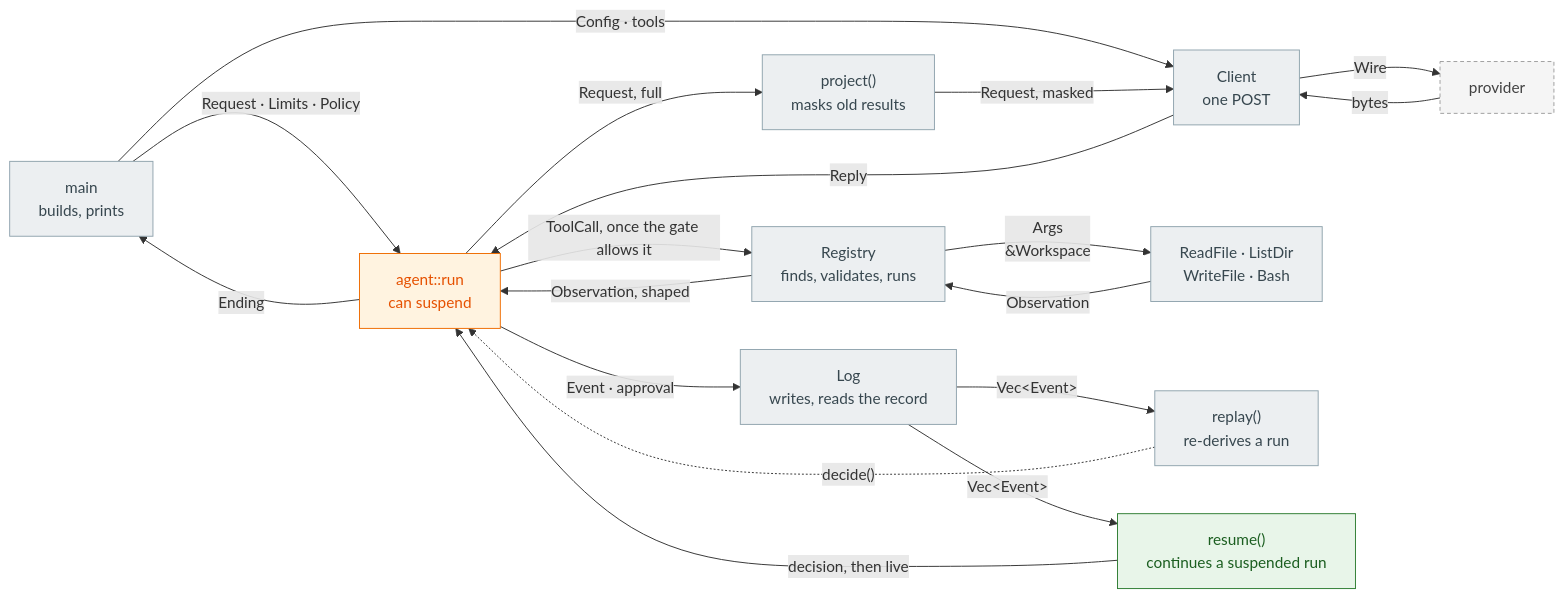
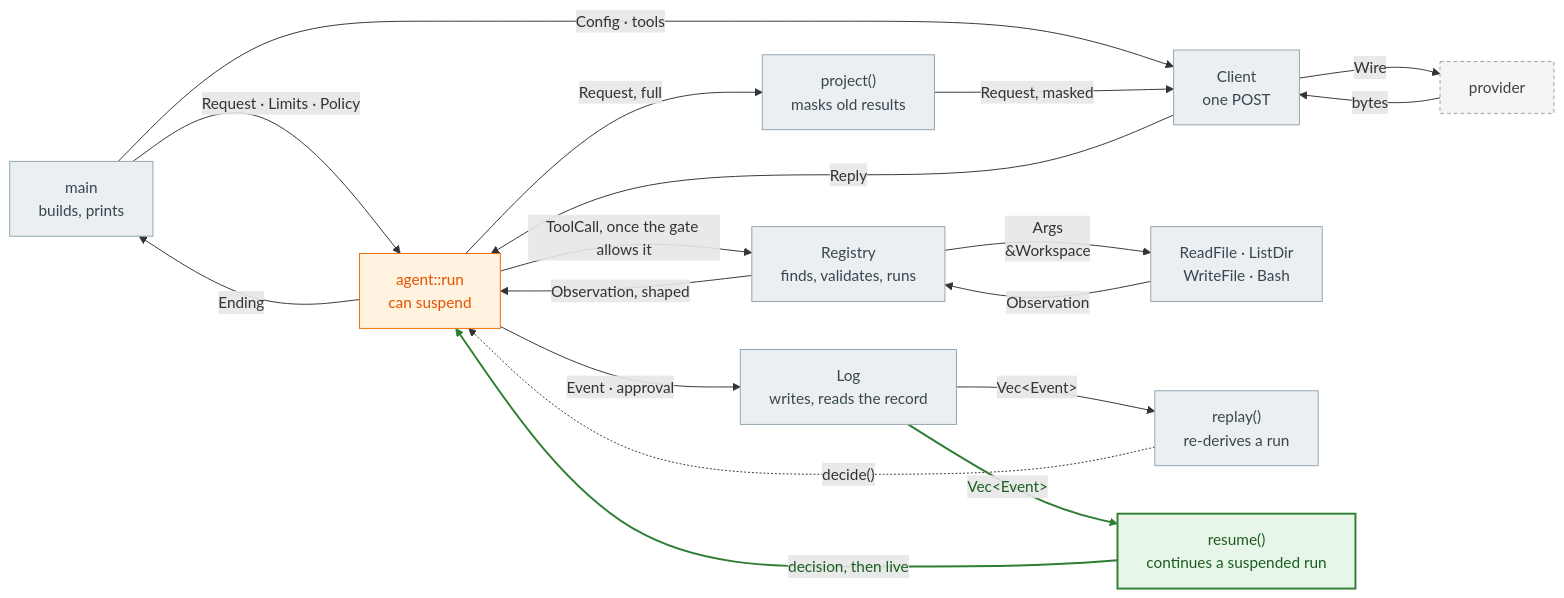
Before and after one commit to skinssong/my_harness: the diagram in diagrams/p5-structs.mmd, drawn with Mermaid. The commit also changed 12 other files, not shown here.

```diff
--- a/diagrams/p5-structs.mmd
+++ b/diagrams/p5-structs.mmd
@@ -1,34 +1,36 @@
 flowchart LR
     MAIN["main<br/>builds, prints"]:::existing
     LOOP["agent::run<br/>can suspend"]:::changed
     CLIENT["Client<br/>one POST"]:::existing
     REG["Registry<br/>finds, validates, runs"]:::existing
     TOOLS["ReadFile · ListDir<br/>WriteFile · Bash"]:::existing
     LOG["Log<br/>writes, reads the record"]:::existing
     REPLAY["replay()<br/>re-derives a run"]:::existing
     PROJECT["project()<br/>masks old results"]:::existing
     RESUME["resume()<br/>continues a suspended run"]:::added
     PROV["provider"]:::external
 
     MAIN -->|"Request · Limits · Policy"| LOOP
     MAIN -->|"Config · tools"| CLIENT
     LOOP -->|"Request, full"| PROJECT
     PROJECT -->|"Request, masked"| CLIENT
     CLIENT -->|"Wire"| PROV
     PROV -->|"bytes"| CLIENT
     CLIENT -->|"Reply"| LOOP
     LOOP -->|"ToolCall, once the gate allows it"| REG
     REG -->|"Args<br/>&amp;Workspace"| TOOLS
     TOOLS -->|"Observation"| REG
     REG -->|"Observation, shaped"| LOOP
     LOOP -->|"Ending"| MAIN
     LOOP -->|"Event · approval"| LOG
     LOG -->|"Vec&lt;Event&gt;"| REPLAY
     REPLAY -. "decide()" .-> LOOP
     LOG -->|"Vec&lt;Event&gt;"| RESUME
     RESUME -->|"decision, then live"| LOOP
 
     classDef existing fill:#ECEFF1,stroke:#90A4AE,color:#37474F
-    classDef added fill:#E8F5E9,stroke:#2E7D32,color:#1B5E20
+    classDef added fill:#E8F5E9,stroke:#2E7D32,stroke-width:2px,color:#1B5E20
     classDef changed fill:#FFF3E0,stroke:#EF6C00,color:#E65100
     classDef external fill:#F5F5F5,stroke:#9E9E9E,color:#424242,stroke-dasharray:4 3
+    %% linkStyle-new-edges
+    linkStyle 15,16 stroke:#2E7D32,stroke-width:2px,color:#1B5E20
```
